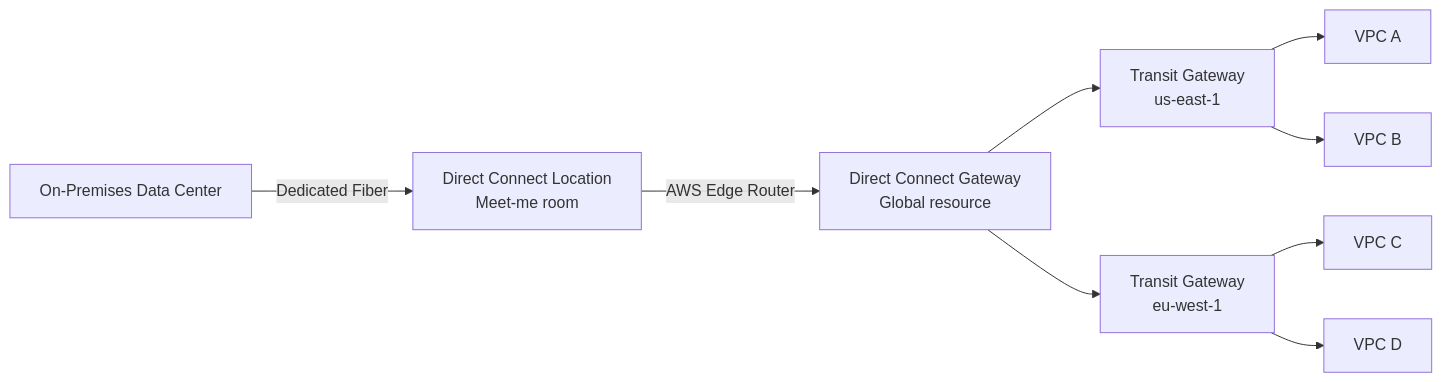
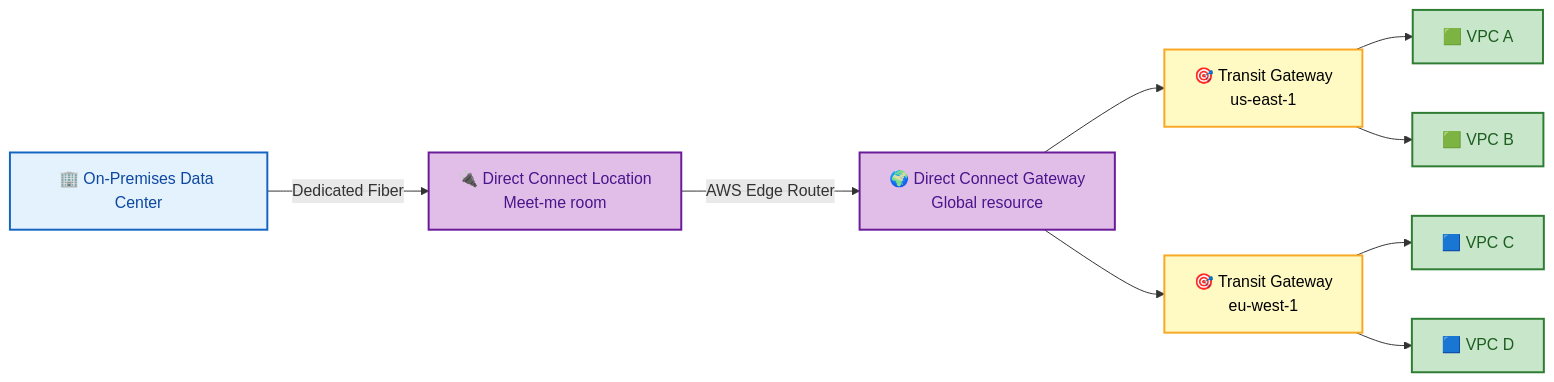
The seventh of 13 diagrams in aws/03-NETWORKING.md (rakesh-budde/devops-guide), drawn with Mermaid before and after one commit. The commit also changed other lines of this file and 73 other files, not shown here.

````diff
--- a/aws/03-NETWORKING.md
+++ b/aws/03-NETWORKING.md
@@ -488,9 +645,19 @@
 ```mermaid
 graph LR
-    OnPrem[On-Premises Data Center] -->|Dedicated Fiber| DXLocation[Direct Connect Location<br/>Meet-me room]
-    DXLocation -->|AWS Edge Router| DXGW[Direct Connect Gateway<br/>Global resource]
-    DXGW --> TGW_East[Transit Gateway<br/>us-east-1]
-    DXGW --> TGW_EU[Transit Gateway<br/>eu-west-1]
-    TGW_East --> VPC1[VPC A] & VPC2[VPC B]
-    TGW_EU --> VPC3[VPC C] & VPC4[VPC D]
+    OnPrem["🏢 On-Premises Data Center"] -->|"Dedicated Fiber"| DXLocation["🔌 Direct Connect Location<br/>Meet-me room"]
+    DXLocation -->|"AWS Edge Router"| DXGW["🌍 Direct Connect Gateway<br/>Global resource"]
+    DXGW --> TGW_East["🎯 Transit Gateway<br/>us-east-1"]
+    DXGW --> TGW_EU["🎯 Transit Gateway<br/>eu-west-1"]
+    TGW_East --> VPC1["🟩 VPC A"] & VPC2["🟩 VPC B"]
+    TGW_EU --> VPC3["🟦 VPC C"] & VPC4["🟦 VPC D"]
+    class OnPrem start
+    class DXLocation,DXGW ctrl
+    class TGW_East,TGW_EU proc
+    class VPC1,VPC2,VPC3,VPC4 good
+    classDef start fill:#e3f2fd,stroke:#1565c0,color:#0d47a1,stroke-width:2px;
+    classDef proc fill:#fff9c4,stroke:#f9a825,color:#000,stroke-width:2px;
+    classDef good fill:#c8e6c9,stroke:#2e7d32,color:#1b5e20,stroke-width:2px;
+    classDef bad fill:#ffcdd2,stroke:#c62828,color:#b71c1c,stroke-width:2px;
+    classDef ctrl fill:#e1bee7,stroke:#6a1b9a,color:#4a148c,stroke-width:2px;
+    classDef store fill:#ffe0b2,stroke:#e65100,color:#000,stroke-width:2px;
 ```
````
